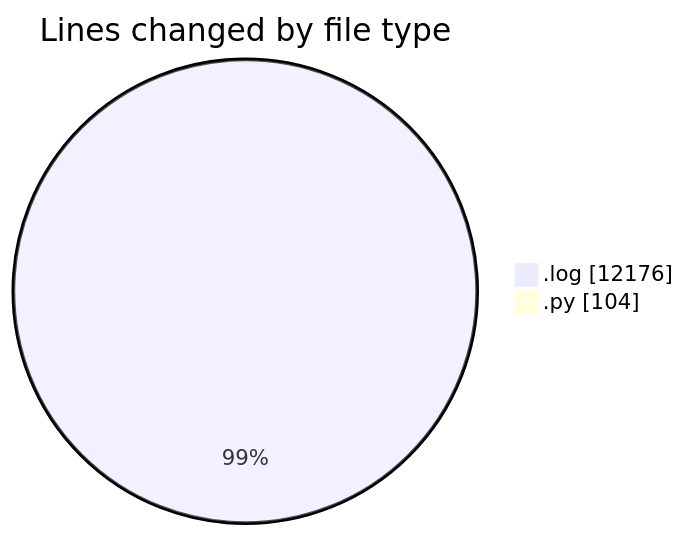
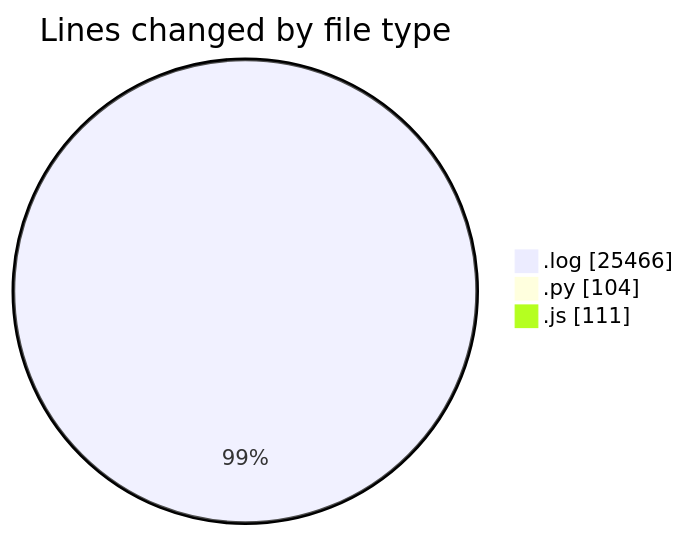
Before and after one commit to nxtqubesakshisongat/code-tracking: the first of 2 diagrams in 2025-04-10/nxtqube_webapp/README.md, drawn with Mermaid. The commit also changed other lines of this file and 1 other file, not shown here.

````diff
--- a/2025-04-10/nxtqube_webapp/README.md
+++ b/2025-04-10/nxtqube_webapp/README.md
@@ -21,6 +22,7 @@
 ```mermaid
 pie showData
 title Lines changed by file type
-".log" : 12176
+".log" : 25466
 ".py" : 104
+".js" : 111
 ```
````
